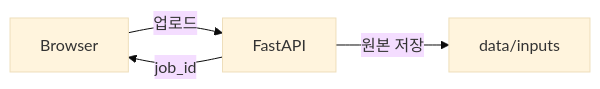
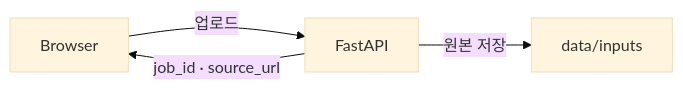
Before and after one commit to DSeung001/presentation-md: the fourth of 7 diagrams in content/2026-07-20-pycon-fastapi-celery/index.md, drawn with Mermaid (base theme). The commit also changed other lines of this file and 2 other files, not shown here.

Commit message:
fix: 다이어그램 수정 및 img css 수정

````diff
--- a/content/2026-07-20-pycon-fastapi-celery/index.md
+++ b/content/2026-07-20-pycon-fastapi-celery/index.md
@@ -321,9 +319,9 @@
 ```mermaid
 flowchart LR
     Browser["Browser"]
     FastAPI["FastAPI"]
     Data["data/inputs"]
     Browser -->|"업로드"| FastAPI
     FastAPI -->|"원본 저장"| Data
-    FastAPI -->|"job_id"| Browser
+    FastAPI -->|"job_id · source_url"| Browser
 ```
````
